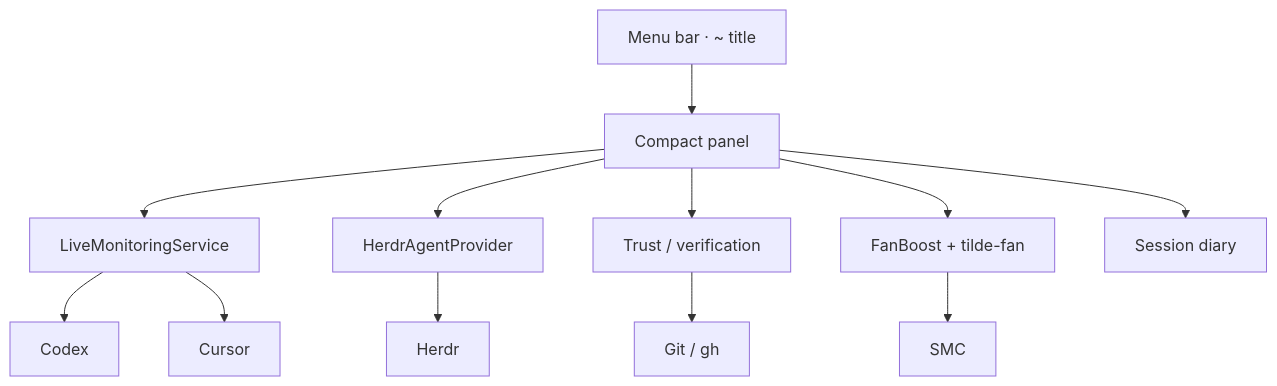
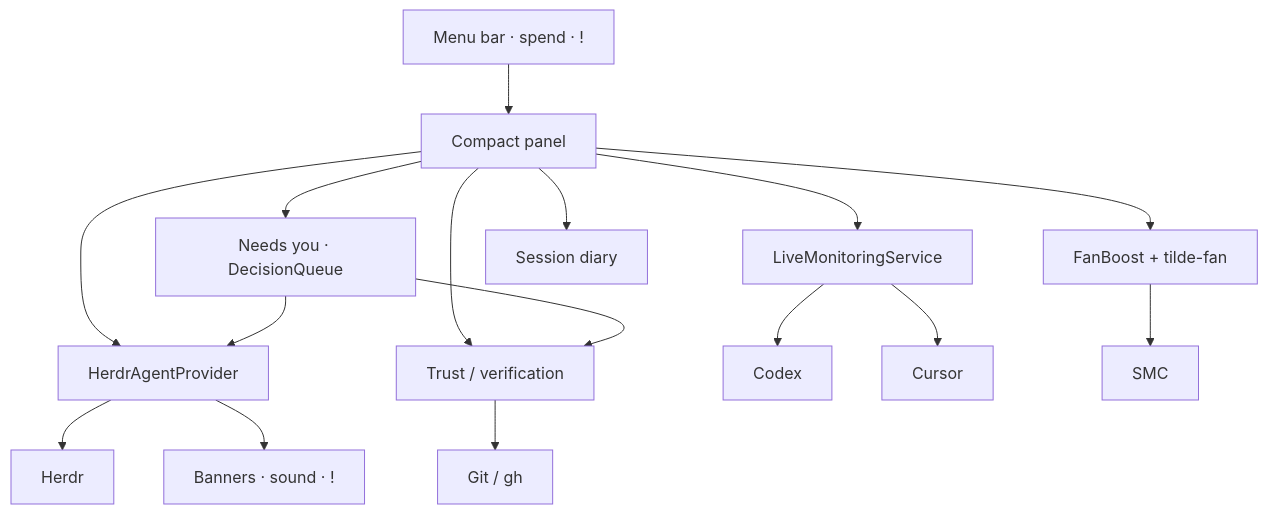
Before and after one commit to Le0wang06/Tilde: the diagram in README.md, drawn with Mermaid. The commit also changed other lines of this file, not shown here.

First line of the commit message:
Update README for Needs you, attention alerts, and the Tilde mark.

````diff
--- a/README.md
+++ b/README.md
@@ -119,18 +132,22 @@
 ```mermaid
 flowchart TB
-  MB["Menu bar · ~ title"]
+  MB["Menu bar · spend · !"]
   PN["Compact panel"]
   MB --> PN
 
+  PN --> NQ["Needs you · DecisionQueue"]
   PN --> LIVE["LiveMonitoringService"]
   PN --> AG["HerdrAgentProvider"]
   PN --> TR["Trust / verification"]
   PN --> FAN["FanBoost + tilde-fan"]
   PN --> DY["Session diary"]
 
+  NQ --> AG
+  NQ --> TR
+  AG --> HR["Herdr"]
+  AG --> AL["Banners · sound · !"]
   LIVE --> CX["Codex"]
   LIVE --> CR["Cursor"]
-  AG --> HR["Herdr"]
   TR --> GT["Git / gh"]
   FAN --> SMC["SMC"]
 ```
````
